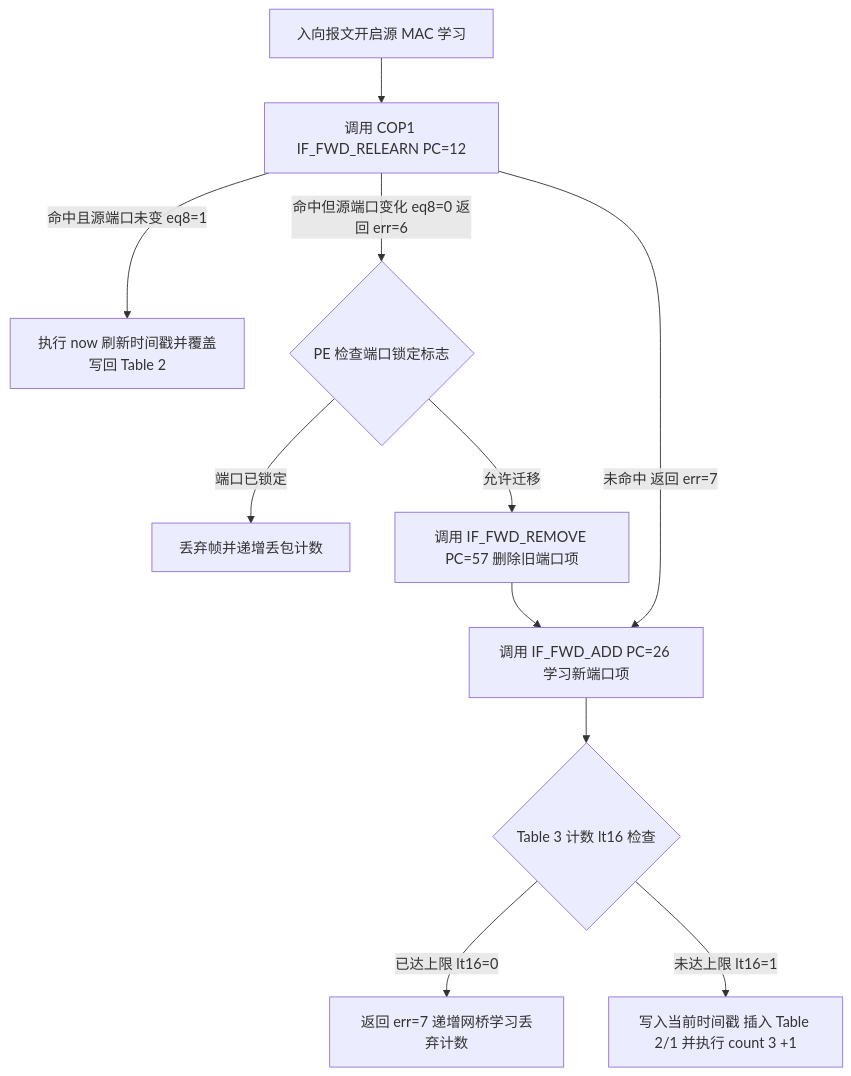
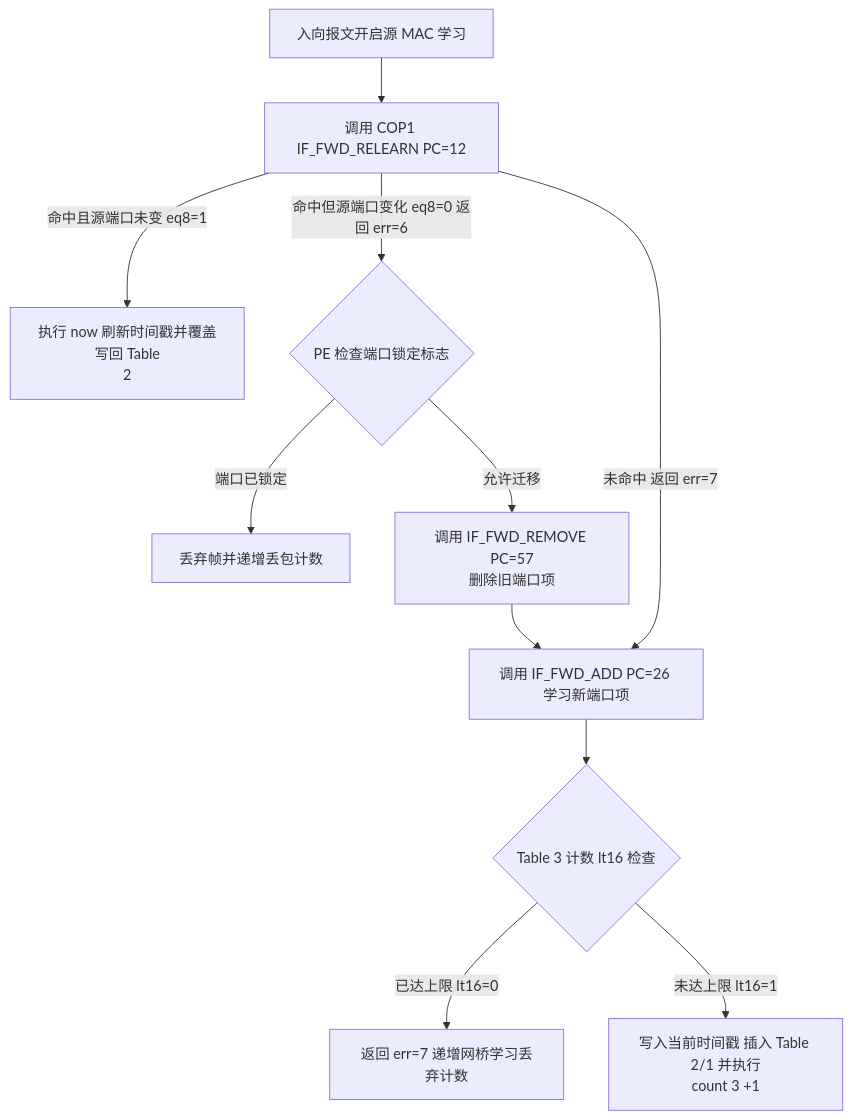
The second of 2 diagrams in 08_data_flow/03_table_engine_and_rules.md (difanz/lantiq-falcon-s-docs), drawn with Mermaid before and after one commit. The commit also changed other lines of this file and 33 other files, not shown here.

Commit message:
Improve diagram readability and adopt the Material theme

````diff
--- a/08_data_flow/03_table_engine_and_rules.md
+++ b/08_data_flow/03_table_engine_and_rules.md
@@ -104,13 +105,13 @@
 ```mermaid
 flowchart TD
     SMAC_IN["入向报文开启源 MAC 学习"] --> RELEARN["调用 COP1 IF_FWD_RELEARN PC=12"]
-    RELEARN -->|命中且源端口未变 eq8=1| NOW_UPD["执行 now 刷新时间戳并覆盖写回 Table 2"]
+    RELEARN -->|命中且源端口未变 eq8=1| NOW_UPD["执行 now 刷新时间戳并覆盖写回 Table<br/>2"]
     RELEARN -->|命中但源端口变化 eq8=0 返回 err=6| PORT_LOCK{"PE 检查端口锁定标志"}
     PORT_LOCK -->|端口已锁定| DROP["丢弃帧并递增丢包计数"]
-    PORT_LOCK -->|允许迁移| RM_OLD["调用 IF_FWD_REMOVE PC=57 删除旧端口项"]
+    PORT_LOCK -->|允许迁移| RM_OLD["调用 IF_FWD_REMOVE PC=57<br/>删除旧端口项"]
     RM_OLD --> ADD_NEW["调用 IF_FWD_ADD PC=26 学习新端口项"]
     RELEARN -->|未命中 返回 err=7| ADD_NEW
     ADD_NEW --> LIM_CHK{"Table 3 计数 lt16 检查"}
     LIM_CHK -->|已达上限 lt16=0| LIM_ERR["返回 err=7 递增网桥学习丢弃计数"]
-    LIM_CHK -->|未达上限 lt16=1| INS_TBL["写入当前时间戳 插入 Table 2/1 并执行 count 3 +1"]
+    LIM_CHK -->|未达上限 lt16=1| INS_TBL["写入当前时间戳 插入 Table 2/1 并执行<br/>count 3 +1"]
 ```
````
